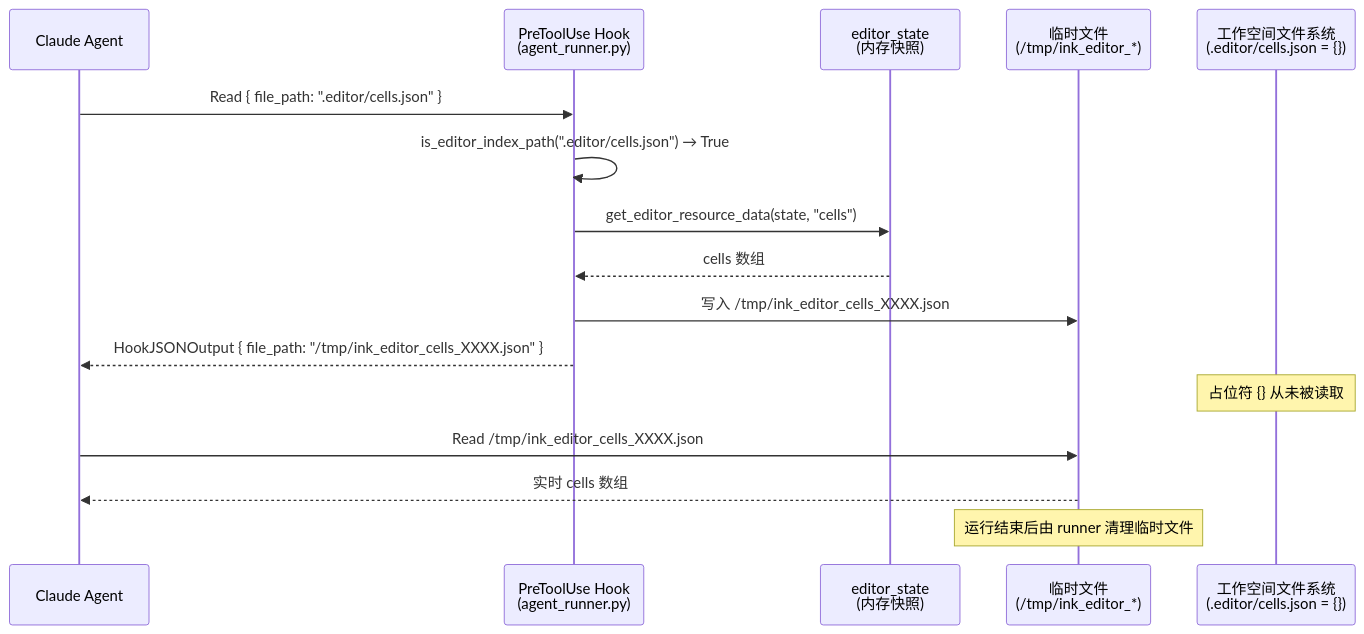
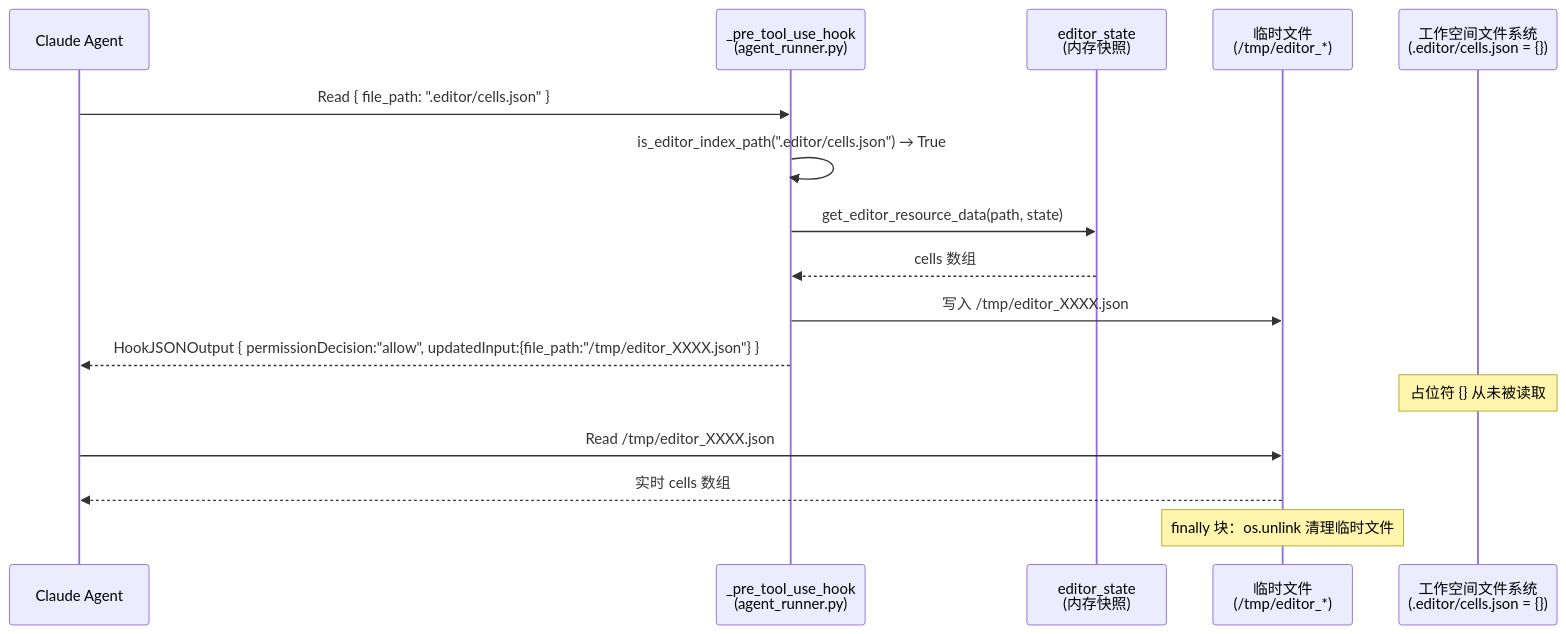
The diagram in docs/design/claude-agent/edit-point/workspace-adapter.md (glide-the/im-dream), drawn with Mermaid before and after one commit. The commit also changed other lines of this file and 13 other files, not shown here.

First line of the commit message:
feat: enhance editor state integration for agent requests

````diff
--- a/docs/design/claude-agent/edit-point/workspace-adapter.md
+++ b/docs/design/claude-agent/edit-point/workspace-adapter.md
@@ -168,19 +190,19 @@
 ```mermaid
 sequenceDiagram
     participant Agent as Claude Agent
-    participant Hook as PreToolUse Hook<br/>(agent_runner.py)
+    participant Hook as _pre_tool_use_hook<br/>(agent_runner.py)
     participant EdState as editor_state<br/>(内存快照)
-    participant Tmp as 临时文件<br/>(/tmp/ink_editor_*)
+    participant Tmp as 临时文件<br/>(/tmp/editor_*)
     participant FS as 工作空间文件系统<br/>(.editor/cells.json = {})
 
     Agent->>Hook: Read { file_path: ".editor/cells.json" }
     Hook->>Hook: is_editor_index_path(".editor/cells.json") → True
-    Hook->>EdState: get_editor_resource_data(state, "cells")
+    Hook->>EdState: get_editor_resource_data(path, state)
     EdState-->>Hook: cells 数组
-    Hook->>Tmp: 写入 /tmp/ink_editor_cells_XXXX.json
-    Hook-->>Agent: HookJSONOutput { file_path: "/tmp/ink_editor_cells_XXXX.json" }
+    Hook->>Tmp: 写入 /tmp/editor_XXXX.json
+    Hook-->>Agent: HookJSONOutput { permissionDecision:"allow", updatedInput:{file_path:"/tmp/editor_XXXX.json"} }
     Note over FS: 占位符 {} 从未被读取
-    Agent->>Tmp: Read /tmp/ink_editor_cells_XXXX.json
+    Agent->>Tmp: Read /tmp/editor_XXXX.json
     Tmp-->>Agent: 实时 cells 数组
-    Note over Tmp: 运行结束后由 runner 清理临时文件
+    Note over Tmp: finally 块：os.unlink 清理临时文件
 ```
````
